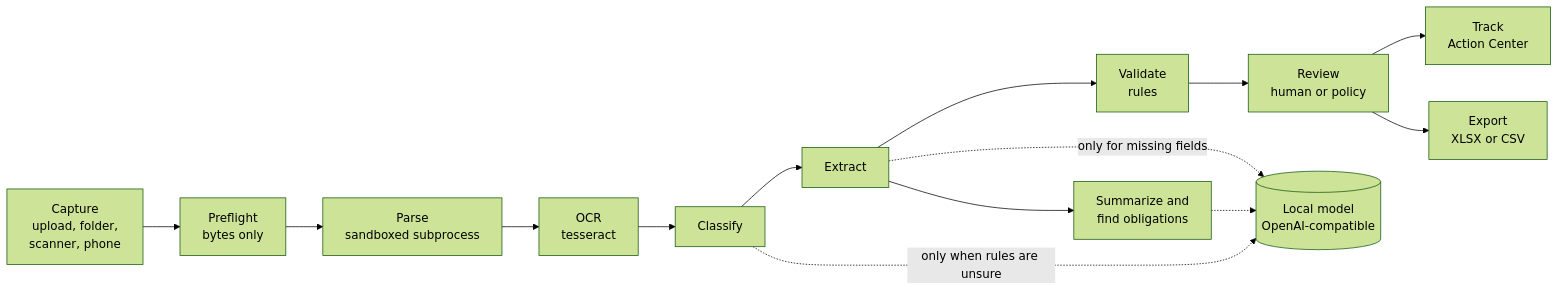
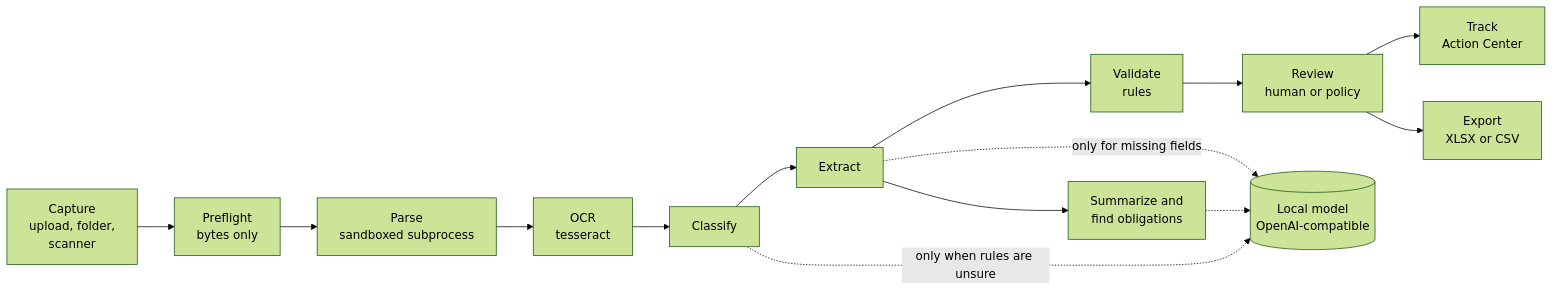
The diagram in README.md (anthonyduenez/VaultAI), drawn with Mermaid (forest theme) before and after one commit. The commit also changed other lines of this file and 4 other files, not shown here.

````diff
--- a/README.md
+++ b/README.md
@@ -26,15 +26,15 @@
 ```mermaid
 flowchart LR
-    A[Capture<br/>upload, folder,<br/>scanner, phone] --> B[Preflight<br/>bytes only]
+    A[Capture<br/>upload, folder,<br/>scanner] --> B[Preflight<br/>bytes only]
     B --> C[Parse<br/>sandboxed subprocess]
     C --> D[OCR<br/>tesseract]
     D --> E[Classify]
     E --> F[Extract]
     F --> G[Validate<br/>rules]
     G --> H[Review<br/>human or policy]
     H --> I[Track<br/>Action Center]
     H --> J[Export<br/>XLSX or CSV]
     E -. only when rules are unsure .-> M[(Local model<br/>OpenAI-compatible)]
     F -. only for missing fields .-> M
     F --> S[Summarize and<br/>find obligations] -.-> M
 ```
````
